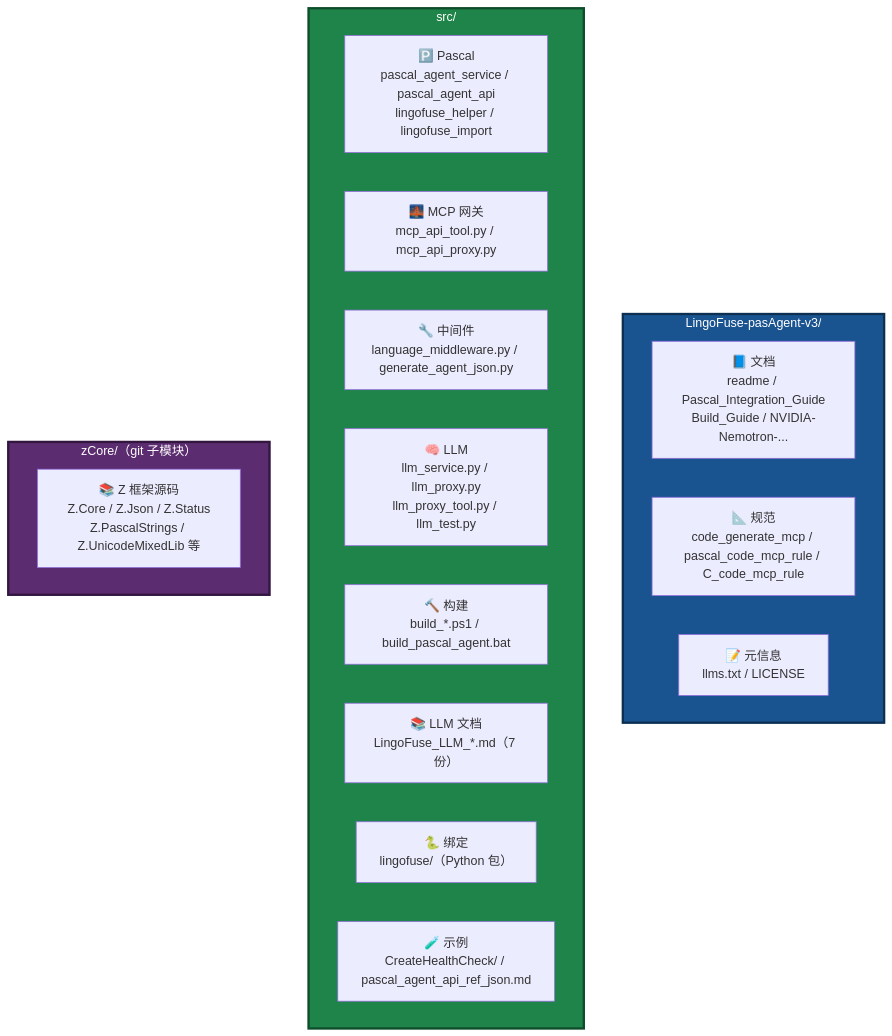
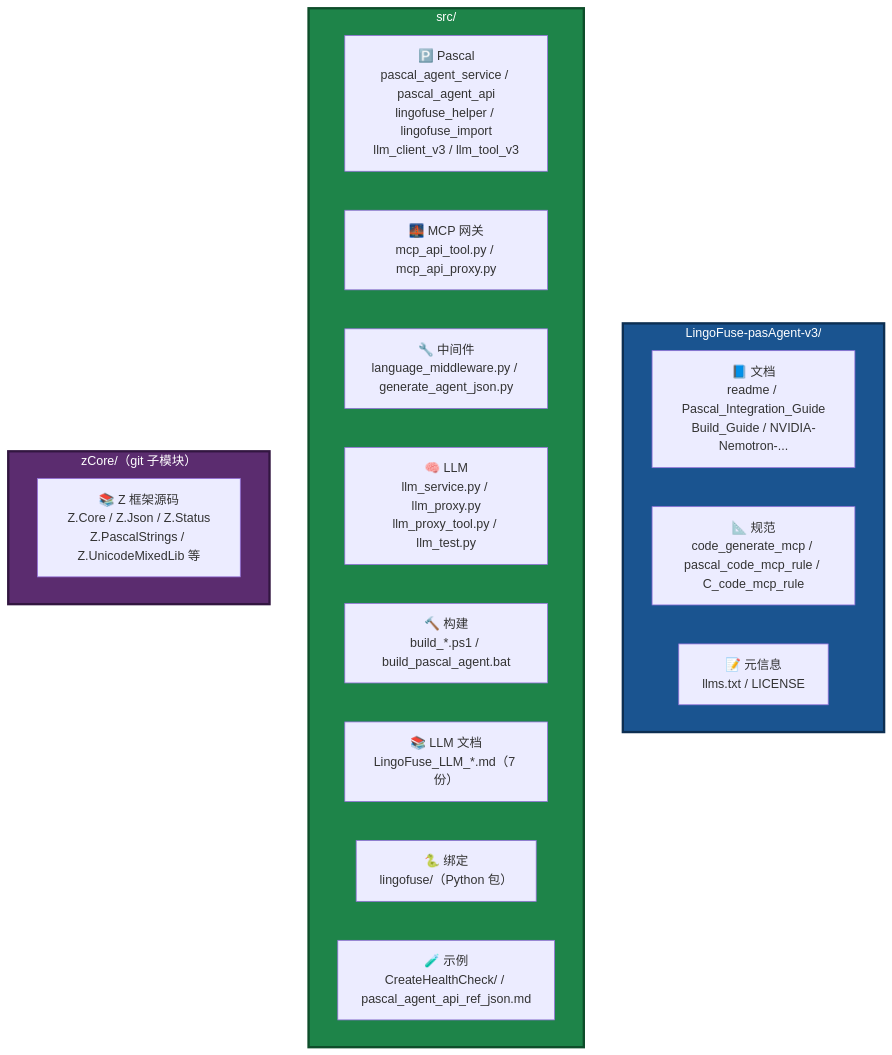
One commit to PassByYou888/LingoFuse-pasAgent-v3 changed the tenth of 10 diagrams in readme.md. Above: the diagram before and after it, drawn with Mermaid. The commit also changed other lines of this file, not shown here.

````diff
--- a/readme.md
+++ b/readme.md
@@ -563,27 +565,27 @@
 ```mermaid
 flowchart TB
     subgraph Root["LingoFuse-pasAgent-v3/"]
         R1["📘 文档<br/>readme / Pascal_Integration_Guide<br/>Build_Guide / NVIDIA-Nemotron-..."]
         R2["📐 规范<br/>code_generate_mcp / pascal_code_mcp_rule / C_code_mcp_rule"]
         R3["📝 元信息<br/>llms.txt / LICENSE"]
     end
 
     subgraph Src["src/"]
-        S1["🅿️ Pascal<br/>pascal_agent_service / pascal_agent_api<br/>lingofuse_helper / lingofuse_import"]
+        S1["🅿️ Pascal<br/>pascal_agent_service / pascal_agent_api<br/>lingofuse_helper / lingofuse_import<br/>llm_client_v3 / llm_tool_v3"]
         S2["🌉 MCP 网关<br/>mcp_api_tool.py / mcp_api_proxy.py"]
         S3["🔧 中间件<br/>language_middleware.py / generate_agent_json.py"]
         S4["🧠 LLM<br/>llm_service.py / llm_proxy.py<br/>llm_proxy_tool.py / llm_test.py"]
         S5["🔨 构建<br/>build_*.ps1 / build_pascal_agent.bat"]
         S6["📚 LLM 文档<br/>LingoFuse_LLM_*.md（7 份）"]
         S7["🐍 绑定<br/>lingofuse/（Python 包）"]
         S8["🧪 示例<br/>CreateHealthCheck/ / pascal_agent_api_ref_json.md"]
     end
 
     subgraph ZCore["zCore/（git 子模块）"]
         Z1["📚 Z 框架源码<br/>Z.Core / Z.Json / Z.Status<br/>Z.PascalStrings / Z.UnicodeMixedLib 等"]
     end
 
     style Root fill:#1A5490,stroke:#0D2F52,stroke-width:3px,color:#FFFFFF
     style Src fill:#1E8449,stroke:#0E4D2A,stroke-width:3px,color:#FFFFFF
     style ZCore fill:#5B2C6F,stroke:#321640,stroke-width:3px,color:#FFFFFF
 ```
````
